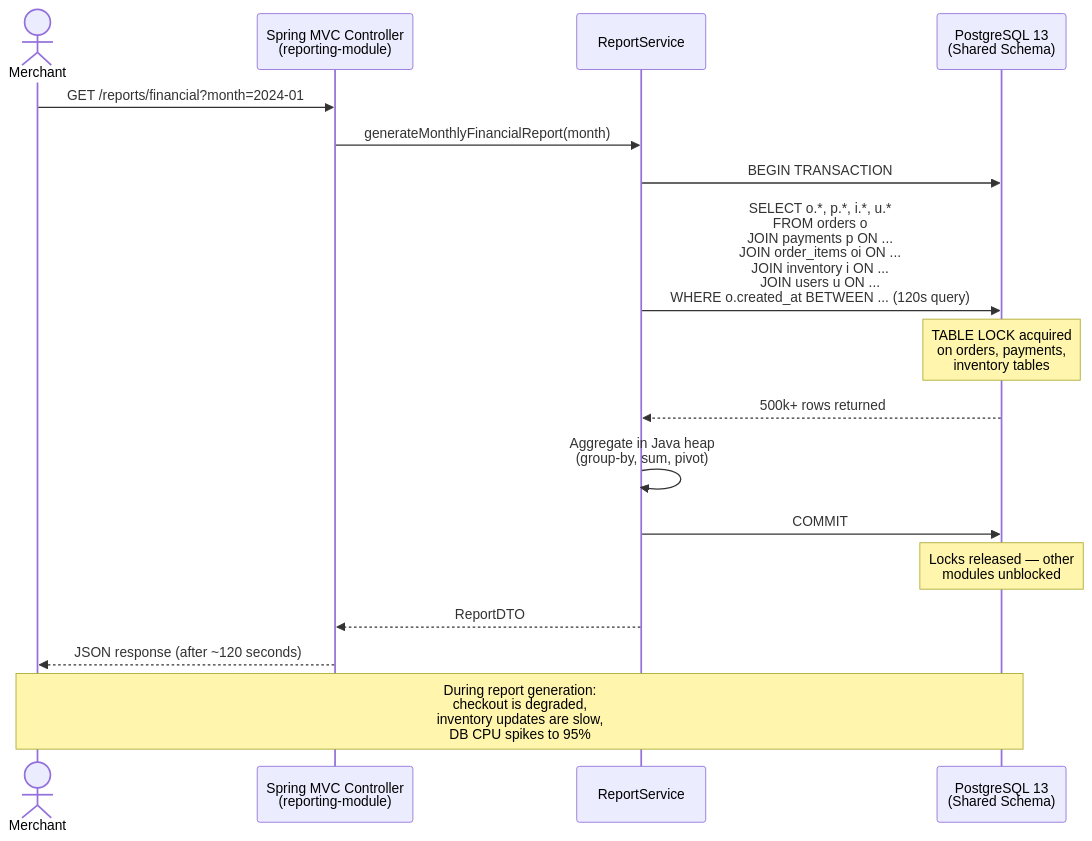
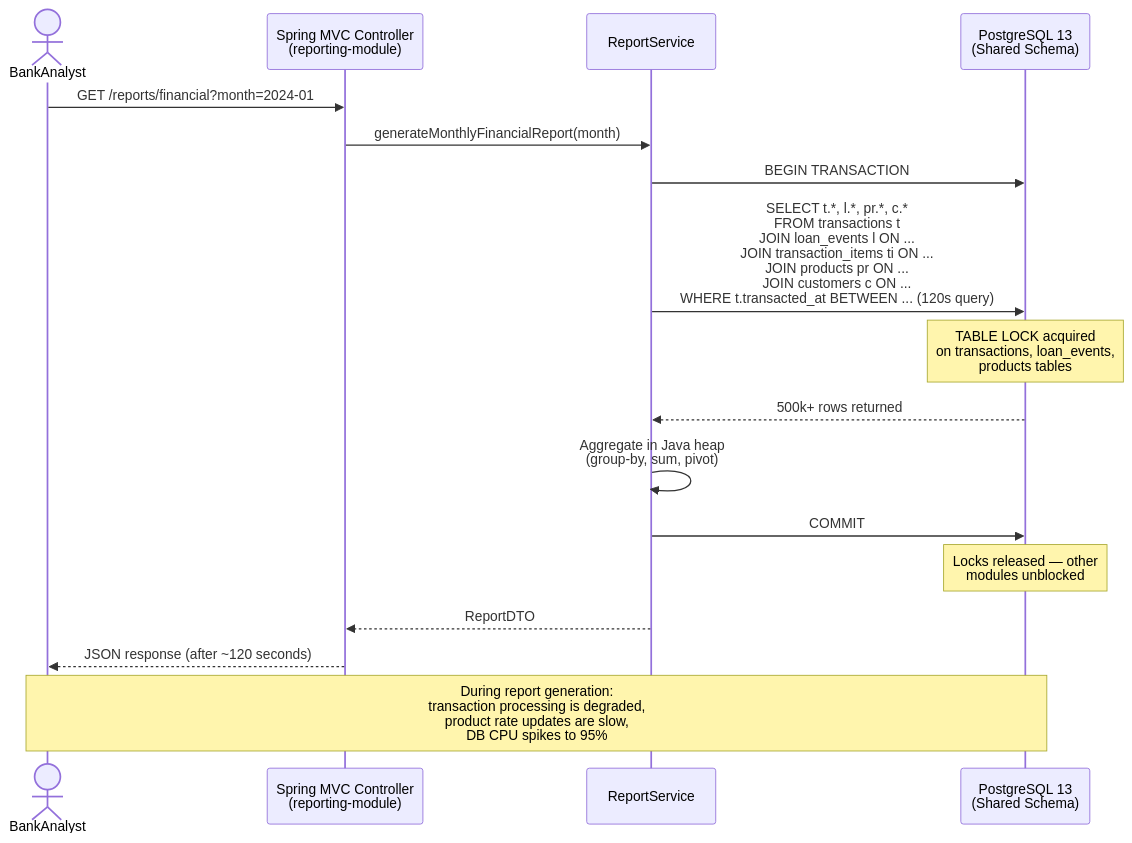
Before and after one commit to makeitfine-org/reporting: the third of 12 diagrams in architecture and decoupling.md, drawn with Mermaid. The commit also changed other lines of this file and 3 other files, not shown here.

Commit message:
docs: re-domain architecture doc from e-commerce to core banking

````diff
--- a/architecture and decoupling.md
+++ b/architecture and decoupling.md
@@ -114,26 +114,26 @@
 ```mermaid
 sequenceDiagram
-    actor Merchant
+    actor BankAnalyst
     participant API as Spring MVC Controller<br/>(reporting-module)
     participant Service as ReportService
     participant DB as PostgreSQL 13<br/>(Shared Schema)
 
-    Merchant->>API: GET /reports/financial?month=2024-01
+    BankAnalyst->>API: GET /reports/financial?month=2024-01
     API->>Service: generateMonthlyFinancialReport(month)
 
     Service->>DB: BEGIN TRANSACTION
-    Service->>DB: SELECT o.*, p.*, i.*, u.*<br/>FROM orders o<br/>JOIN payments p ON ...<br/>JOIN order_items oi ON ...<br/>JOIN inventory i ON ...<br/>JOIN users u ON ...<br/>WHERE o.created_at BETWEEN ... (120s query)
+    Service->>DB: SELECT t.*, l.*, pr.*, c.*<br/>FROM transactions t<br/>JOIN loan_events l ON ...<br/>JOIN transaction_items ti ON ...<br/>JOIN products pr ON ...<br/>JOIN customers c ON ...<br/>WHERE t.transacted_at BETWEEN ... (120s query)
 
-    Note over DB: TABLE LOCK acquired<br/>on orders, payments,<br/>inventory tables
+    Note over DB: TABLE LOCK acquired<br/>on transactions, loan_events,<br/>products tables
 
     DB-->>Service: 500k+ rows returned
     Service->>Service: Aggregate in Java heap<br/>(group-by, sum, pivot)
     Service->>DB: COMMIT
 
     Note over DB: Locks released — other<br/>modules unblocked
 
     Service-->>API: ReportDTO
-    API-->>Merchant: JSON response (after ~120 seconds)
+    API-->>BankAnalyst: JSON response (after ~120 seconds)
 
-    Note over Merchant,DB: During report generation:<br/>checkout is degraded,<br/>inventory updates are slow,<br/>DB CPU spikes to 95%
+    Note over BankAnalyst,DB: During report generation:<br/>transaction processing is degraded,<br/>product rate updates are slow,<br/>DB CPU spikes to 95%
 ```
````
